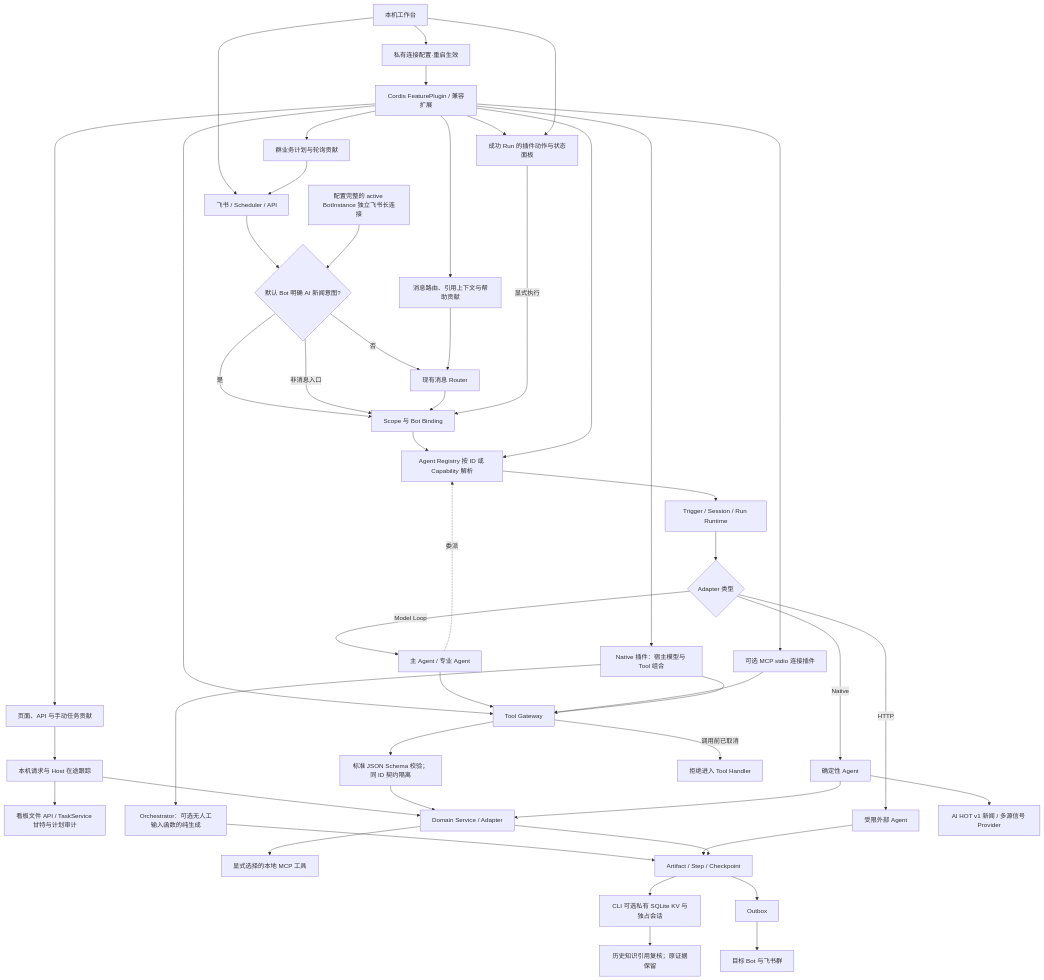
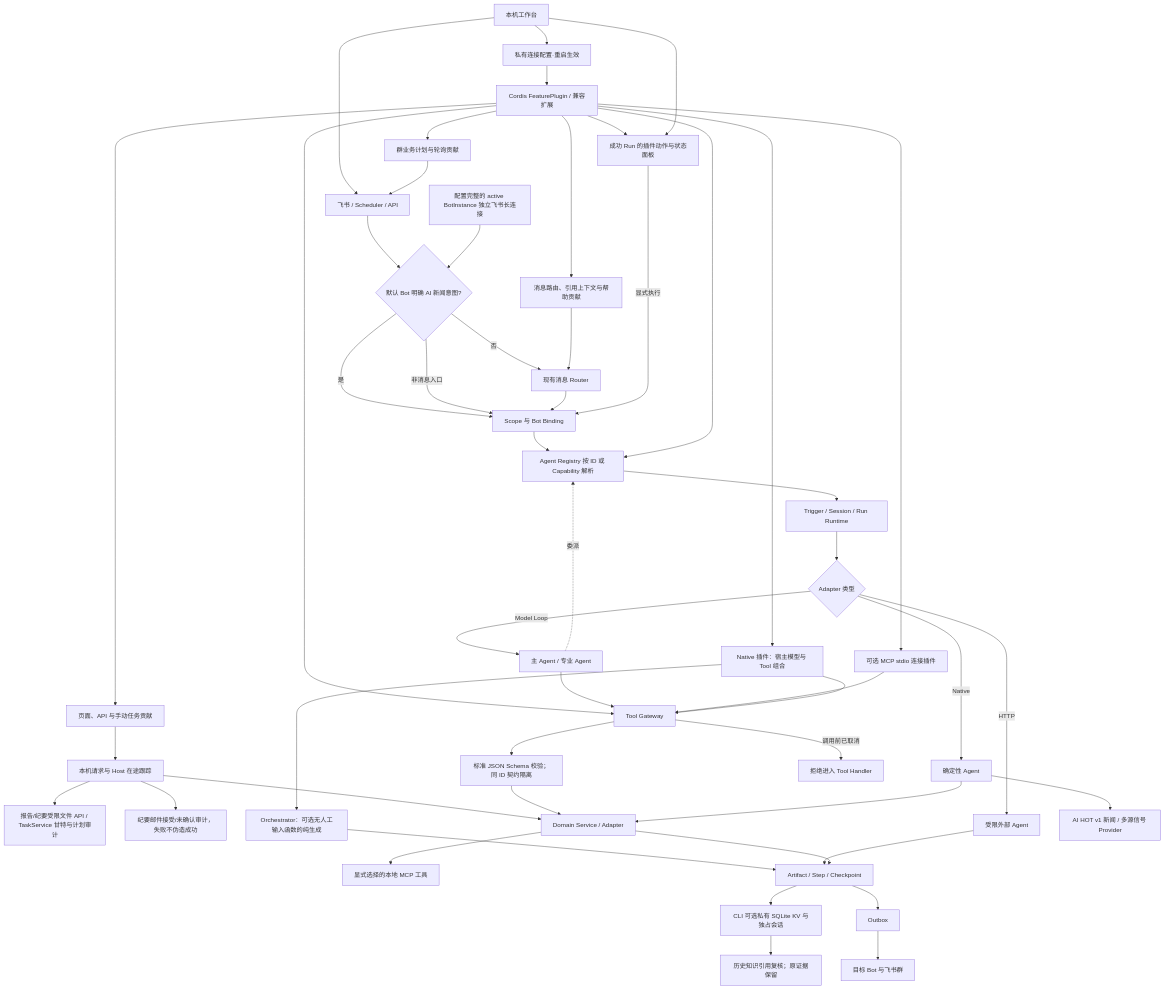
Before and after one commit to KlayPeter/AI-Delivery-Ops-Agent: the diagram in backend/src/platform/FEATURE.md, drawn with Mermaid. The commit also changed other lines of this file and 32 other files, not shown here.

````diff
--- a/backend/src/platform/FEATURE.md
+++ b/backend/src/platform/FEATURE.md
@@ -29,51 +29,52 @@
 ```mermaid
 flowchart TD
     UI[本机工作台] --> A
     UI --> LC[私有连接配置·重启生效]
     LC --> X
     A["飞书 / Scheduler / API"] --> R{"默认 Bot 明确 AI 新闻意图?"}
     R -- "是" --> B["Scope 与 Bot Binding"]
     R -- "否" --> Q["现有消息 Router"]
     R -- "非消息入口" --> B
     Q --> B
     B --> C["Agent Registry 按 ID 或 Capability 解析"]
     X["Cordis FeaturePlugin / 兼容扩展"] --> C
     X --> I["Tool / Skill / Adapter 注册"]
     X --> MR["消息路由、引用上下文与帮助贡献"]
     MR --> Q
     X --> WEB[页面、API 与手动任务贡献]
     WEB --> WREQ[本机请求与 Host 在途跟踪]
-    WREQ --> PV[看板文件 API / TaskService 甘特与计划审计]
+    WREQ --> PV[报告/纪要受限文件 API / TaskService 甘特与计划审计]
+    WREQ --> MAIL[纪要邮件接受/未确认审计，失败不伪造成功]
     WREQ --> J
     X --> RA[成功 Run 的插件动作与状态面板]
     UI --> RA
     RA -- 显式执行 --> B
     X --> SJ[群业务计划与轮询贡献]
     SJ --> A
     C --> D["Trigger / Session / Run Runtime"]
     D --> E{"Adapter 类型"}
     E -- Model Loop --> F["主 Agent / 专业 Agent"]
     E -- Native --> G["确定性 Agent"]
     E -- HTTP --> H["受限外部 Agent"]
     F --> I["Tool Gateway"]
     F -. 委派 .-> C
     I --> SV[标准 JSON Schema 校验；同 ID 契约隔离]
     SV --> J["Domain Service / Adapter"]
     X --> MCP[可选 MCP stdio 连接插件]
     MCP --> I
     J --> MS[显式选择的本地 MCP 工具]
     I -- "调用前已取消" --> XC["拒绝进入 Tool Handler"]
     X --> NP["Native 插件：宿主模型与 Tool 组合"]
     NP --> I
     NP --> OM["Orchestrator：可选无人工输入函数的纯生成"]
     OM --> K
     G --> J
     H --> K["Artifact / Step / Checkpoint"]
     K --> LS[CLI 可选私有 SQLite KV 与独占会话]
     LS --> IR[历史知识引用复核；原证据保留]
     J --> K
     K --> L["Outbox"]
     L --> M["目标 Bot 与飞书群"]
     N["配置完整的 active BotInstance 独立飞书长连接"] --> R
     G --> O["AI HOT v1 新闻 / 多源信号 Provider"]
 ```
````
